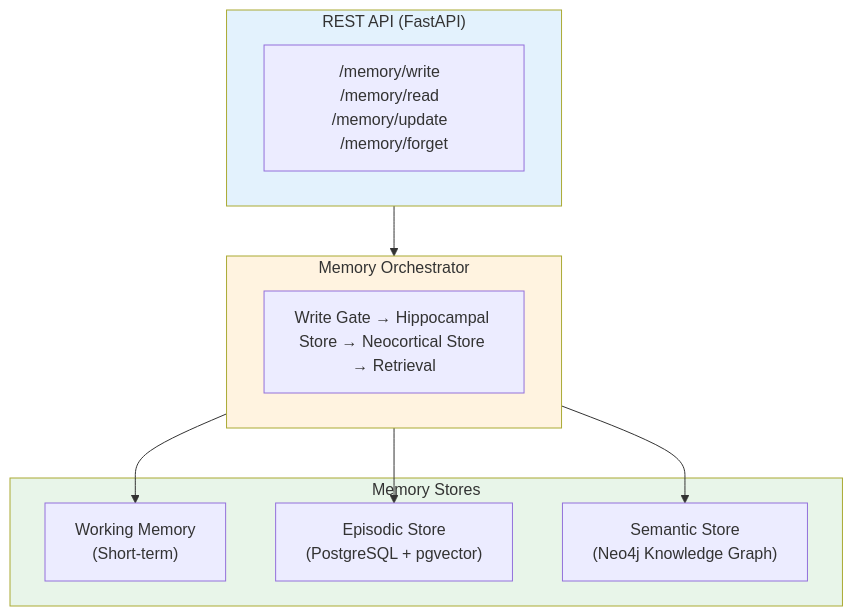
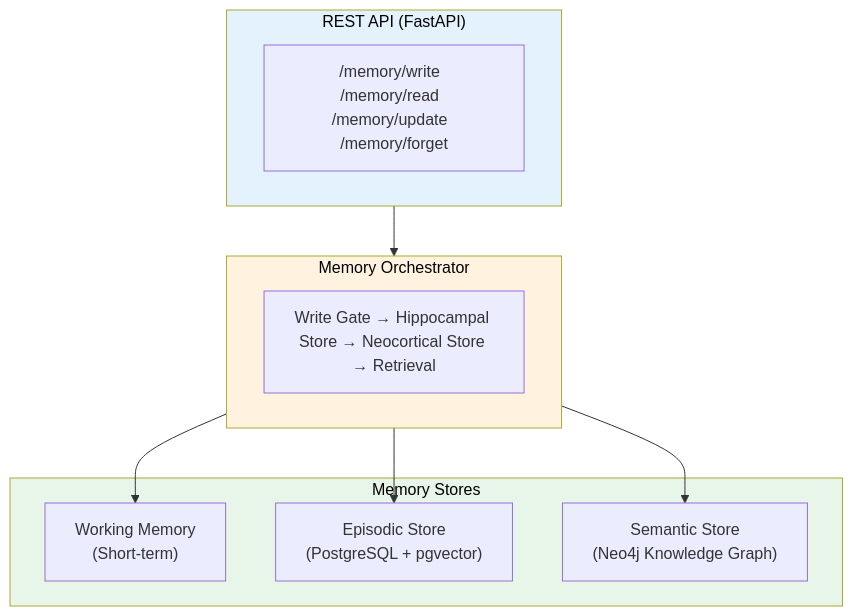
One commit to avinash-mall/CognitiveMemoryLayer changed the diagram in ProjectPlan/UsageDocumentation.md. Above: the diagram before and after it, drawn with Mermaid. The commit also changed 2 other files, not shown here.

Commit message:
fix: mermaid text visibility and quote formatting

````diff
--- a/ProjectPlan/UsageDocumentation.md
+++ b/ProjectPlan/UsageDocumentation.md
@@ -32,23 +32,23 @@
 ```mermaid
 flowchart TB
     subgraph API["REST API (FastAPI)"]
         endpoints["/memory/write  /memory/read  /memory/update  /memory/forget"]
     end
     
     subgraph Orch["Memory Orchestrator"]
         flow["Write Gate → Hippocampal Store → Neocortical Store → Retrieval"]
     end
     
     subgraph Stores["Memory Stores"]
         working["Working Memory<br/>(Short-term)"]
         episodic["Episodic Store<br/>(PostgreSQL + pgvector)"]
         semantic["Semantic Store<br/>(Neo4j Knowledge Graph)"]
     end
     
     API --> Orch
     Orch --> working & episodic & semantic
 
-    style API fill:#e3f2fd
-    style Orch fill:#fff3e0
-    style Stores fill:#e8f5e9
+    style API fill:#e3f2fd,color:#000
+    style Orch fill:#fff3e0,color:#000
+    style Stores fill:#e8f5e9,color:#000
 ```
````
